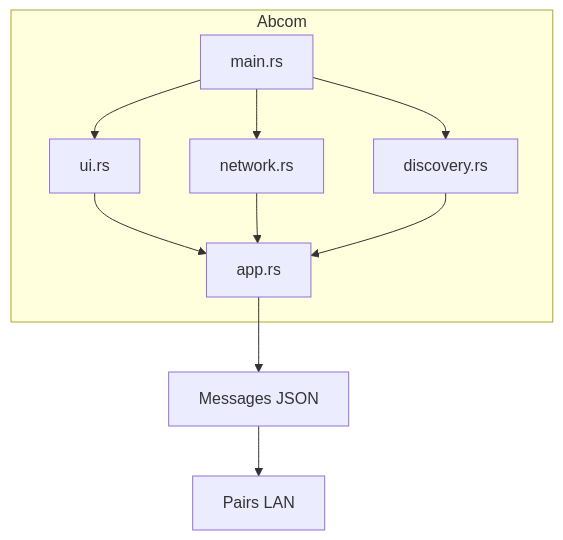
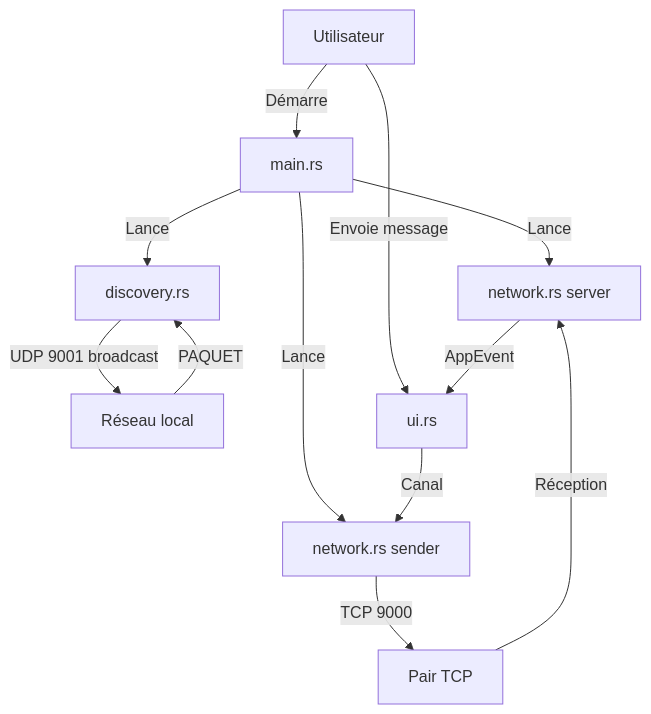
The second of 2 diagrams in docs/01-architecture-globale.md (Abend-core/abcom), drawn with Mermaid before and after one commit. The commit also changed other lines of this file and 35 other files, not shown here.

````diff
--- a/docs/01-architecture-globale.md
+++ b/docs/01-architecture-globale.md
@@ -20,13 +49,14 @@
 ```mermaid
 flowchart TB
-    subgraph App [Abcom]
-        A[main.rs] --> B[discovery.rs]
-        A --> C[network.rs]
-        A --> D[ui.rs]
-        D --> E[app.rs]
-        C --> E
-        B --> E
-    end
-    E --> F[Messages JSON]
-    F --> G[Pairs LAN]
+    User[Utilisateur] -->|Démarre| Main[main.rs]
+    Main -->|Lance| Discovery[discovery.rs]
+    Main -->|Lance| Server[network.rs server]
+    Main -->|Lance| Sender[network.rs sender]
+    Discovery -->|UDP 9001 broadcast| LAN[Réseau local]
+    LAN -->|PAQUET| Discovery
+    User -->|Envoie message| UI[ui.rs]
+    UI -->|Canal| Sender
+    Sender -->|TCP 9000| Peer[Pair TCP]
+    Peer -->|Réception| Server
+    Server -->|AppEvent| UI
 ```
````
